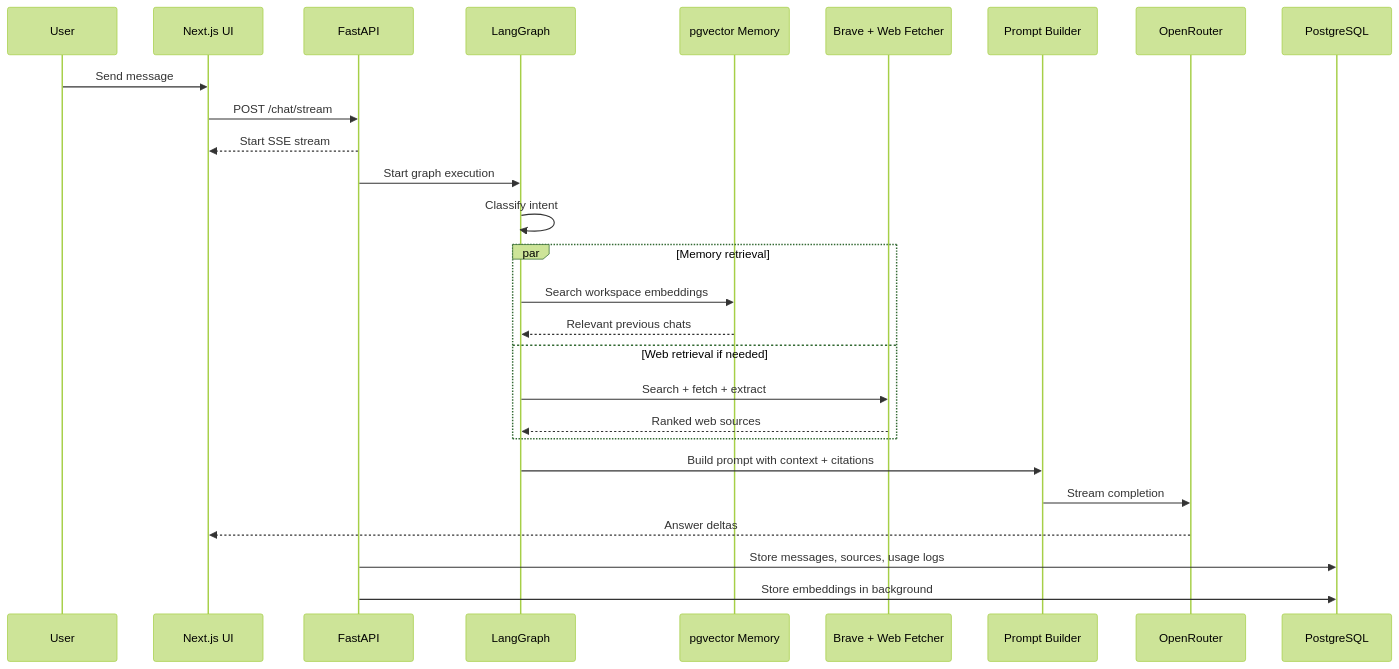
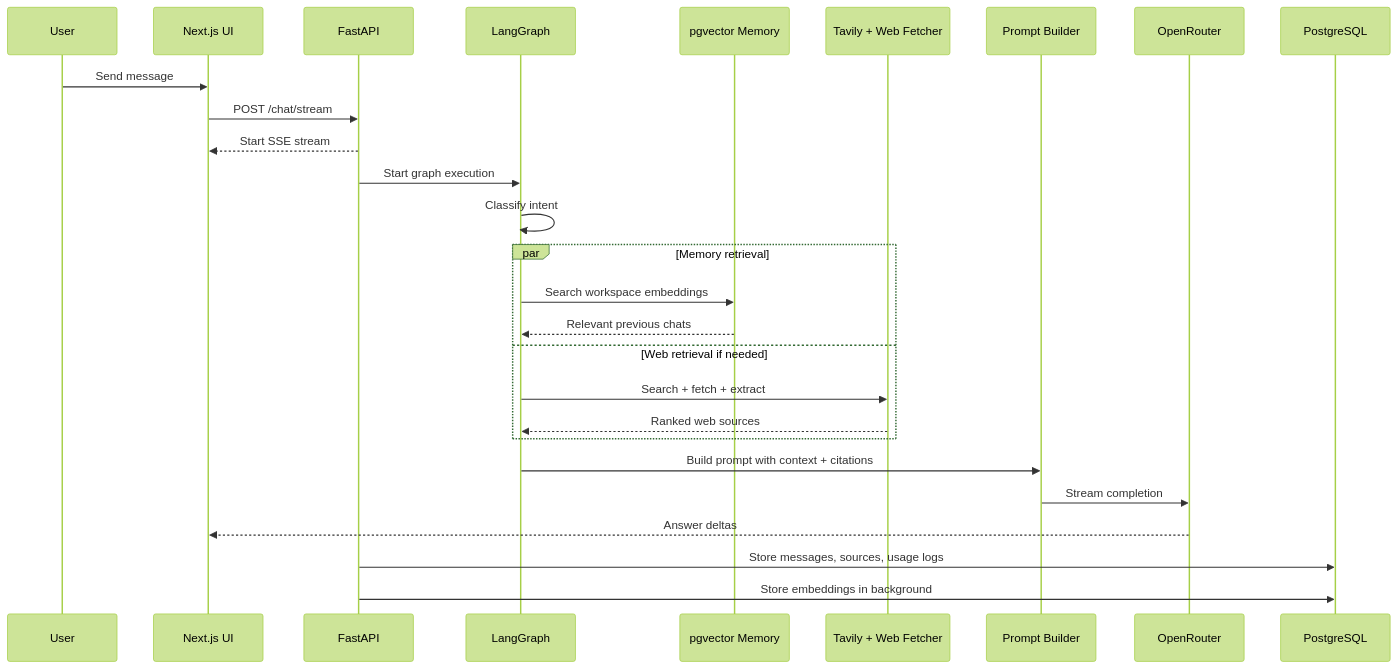
One commit to parthggote/WorkSpace changed the diagram in Final_AI_Chat_Architecture_Plan_Updated.md. Above: the diagram before and after it, drawn with Mermaid (forest theme). The commit also changed other lines of this file and 12 other files, not shown here.

````diff
--- a/Final_AI_Chat_Architecture_Plan_Updated.md
+++ b/Final_AI_Chat_Architecture_Plan_Updated.md
@@ -137,30 +137,30 @@
 ```mermaid
 sequenceDiagram
     participant U as User
     participant UI as Next.js UI
     participant API as FastAPI
     participant LG as LangGraph
     participant MEM as pgvector Memory
-    participant WEB as Brave + Web Fetcher
+    participant WEB as Tavily + Web Fetcher
     participant PB as Prompt Builder
     participant LLM as OpenRouter
     participant DB as PostgreSQL
 
     U->>UI: Send message
     UI->>API: POST /chat/stream
     API-->>UI: Start SSE stream
     API->>LG: Start graph execution
     LG->>LG: Classify intent
     par Memory retrieval
         LG->>MEM: Search workspace embeddings
         MEM-->>LG: Relevant previous chats
     and Web retrieval if needed
         LG->>WEB: Search + fetch + extract
         WEB-->>LG: Ranked web sources
     end
     LG->>PB: Build prompt with context + citations
     PB->>LLM: Stream completion
     LLM-->>UI: Answer deltas
     API->>DB: Store messages, sources, usage logs
     API->>DB: Store embeddings in background
 ```
````
